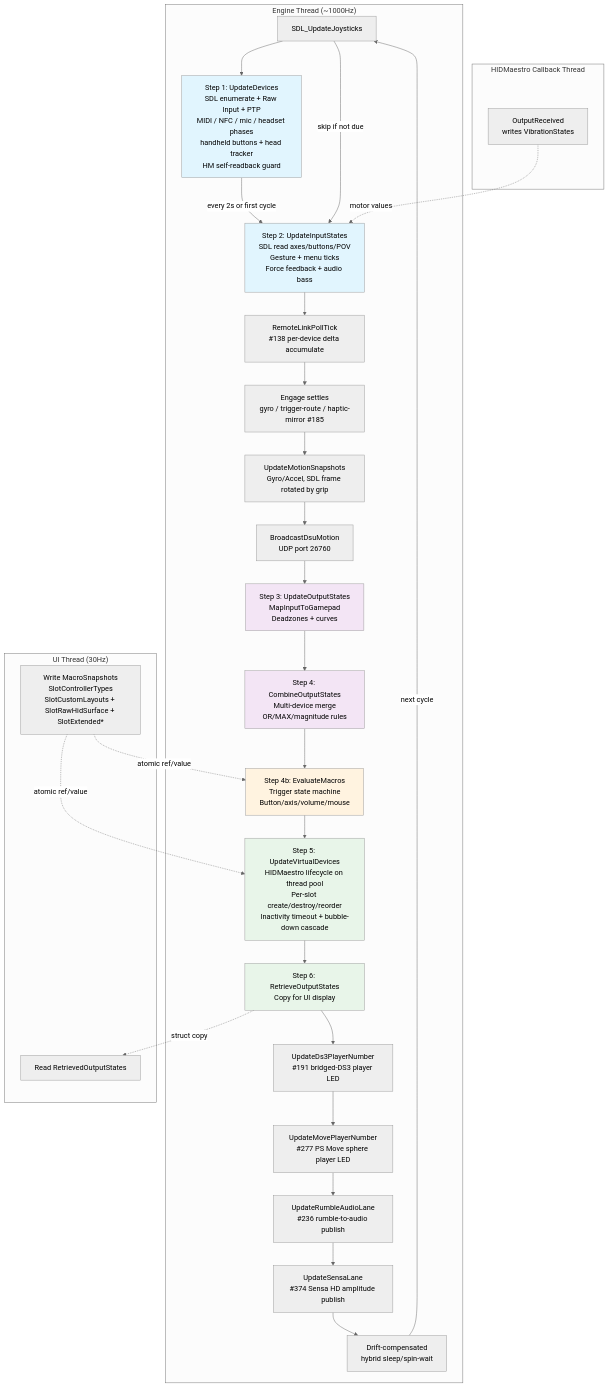
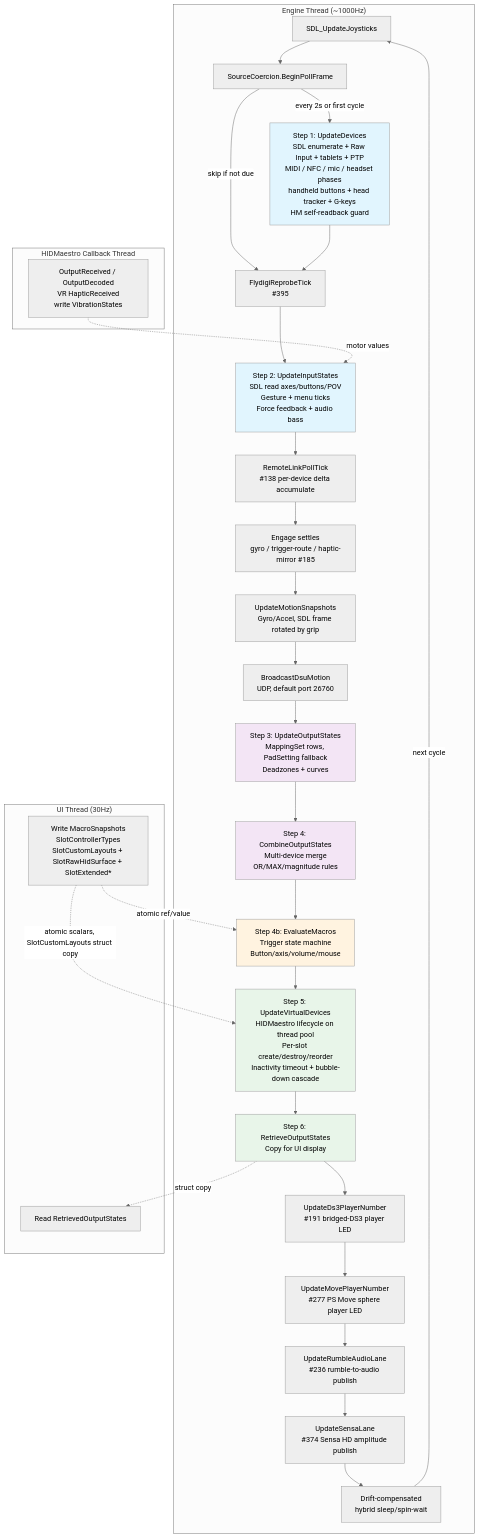
Before and after one commit to hifihedgehog/padforge.org: the diagram in wiki/reference/input-pipeline.md, drawn with Mermaid (neutral theme). The commit also changed other lines of this file and 168 other files, not shown here.

````diff
--- a/wiki/reference/input-pipeline.md
+++ b/wiki/reference/input-pipeline.md
@@ -9,63 +9,67 @@
 ```mermaid
 graph TD
     subgraph "Engine Thread (~1000Hz)"
         SDL[SDL_UpdateJoysticks]
-        S1[Step 1: UpdateDevices<br/>SDL enumerate + Raw Input + PTP<br/>MIDI / NFC / mic / headset phases<br/>handheld buttons + head tracker<br/>HM self-readback guard]
+        BPF[SourceCoercion.BeginPollFrame]
+        FLY[FlydigiReprobeTick<br/>#395]
+        S1[Step 1: UpdateDevices<br/>SDL enumerate + Raw Input + tablets + PTP<br/>MIDI / NFC / mic / headset phases<br/>handheld buttons + head tracker + G-keys<br/>HM self-readback guard]
         S2[Step 2: UpdateInputStates<br/>SDL read axes/buttons/POV<br/>Gesture + menu ticks<br/>Force feedback + audio bass]
         RL[RemoteLinkPollTick<br/>#138 per-device delta accumulate]
         ENG[Engage settles<br/>gyro / trigger-route / haptic-mirror #185]
         MS[UpdateMotionSnapshots<br/>Gyro/Accel, SDL frame rotated by grip]
-        DSU[BroadcastDsuMotion<br/>UDP port 26760]
-        S3[Step 3: UpdateOutputStates<br/>MapInputToGamepad<br/>Deadzones + curves]
+        DSU[BroadcastDsuMotion<br/>UDP, default port 26760]
+        S3[Step 3: UpdateOutputStates<br/>MappingSet rows, PadSetting fallback<br/>Deadzones + curves]
         S4[Step 4: CombineOutputStates<br/>Multi-device merge<br/>OR/MAX/magnitude rules]
         S4b[Step 4b: EvaluateMacros<br/>Trigger state machine<br/>Button/axis/volume/mouse]
         S5[Step 5: UpdateVirtualDevices<br/>HIDMaestro lifecycle on thread pool<br/>Per-slot create/destroy/reorder<br/>Inactivity timeout + bubble-down cascade]
         S6[Step 6: RetrieveOutputStates<br/>Copy for UI display]
         DS3[UpdateDs3PlayerNumber<br/>#191 bridged-DS3 player LED]
         MOVE[UpdateMovePlayerNumber<br/>#277 PS Move sphere player LED]
         RA[UpdateRumbleAudioLane<br/>#236 rumble-to-audio publish]
         SN[UpdateSensaLane<br/>#374 Sensa HD amplitude publish]
         WAIT[Drift-compensated<br/>hybrid sleep/spin-wait]
 
-        SDL --> S1
-        S1 -->|every 2s or first cycle| S2
-        SDL -->|skip if not due| S2
+        SDL --> BPF
+        BPF -->|every 2s or first cycle| S1
+        BPF -->|skip if not due| FLY
+        S1 --> FLY
+        FLY --> S2
         S2 --> RL
         RL --> ENG
         ENG --> MS
         MS --> DSU
         DSU --> S3
         S3 --> S4
         S4 --> S4b
         S4b --> S5
         S5 --> S6
         S6 --> DS3
         DS3 --> MOVE
         MOVE --> RA
         RA --> SN
         SN --> WAIT
         WAIT -->|next cycle| SDL
     end
 
     subgraph "UI Thread (30Hz)"
         UI_READ[Read RetrievedOutputStates]
         UI_WRITE[Write MacroSnapshots<br/>SlotControllerTypes<br/>SlotCustomLayouts + SlotRawHidSurface + SlotExtended*]
     end
 
     subgraph "HIDMaestro Callback Thread"
-        VIB[OutputReceived<br/>writes VibrationStates]
+        VIB[OutputReceived / OutputDecoded<br/>VR HapticReceived<br/>write VibrationStates]
     end
 
     S6 -.->|struct copy| UI_READ
     UI_WRITE -.->|atomic ref/value| S4b
-    UI_WRITE -.->|atomic ref/value| S5
+    UI_WRITE -.->|atomic scalars, SlotCustomLayouts struct copy| S5
     VIB -.->|motor values| S2
 
     style S1 fill:#e1f5fe
     style S2 fill:#e1f5fe
     style S3 fill:#f3e5f5
     style S4 fill:#f3e5f5
     style S4b fill:#fff3e0
     style S5 fill:#e8f5e9
     style S6 fill:#e8f5e9
 ```
````
